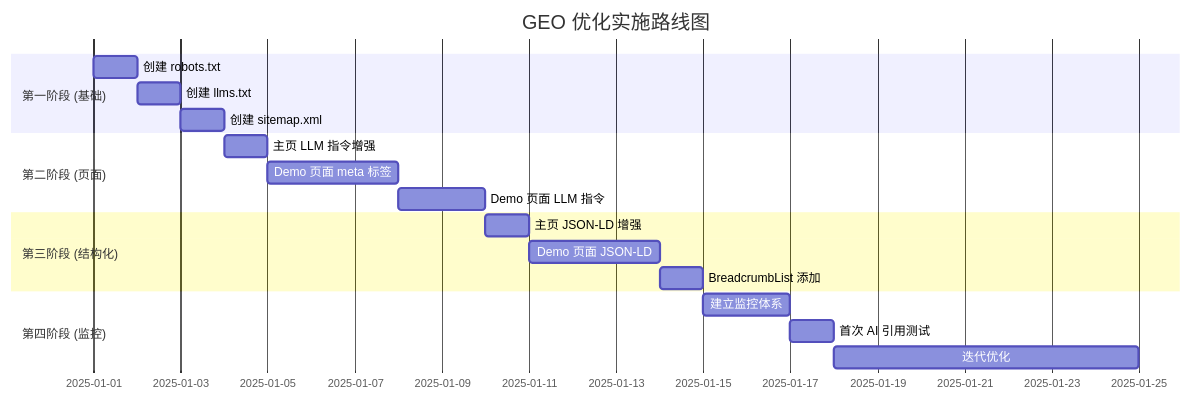
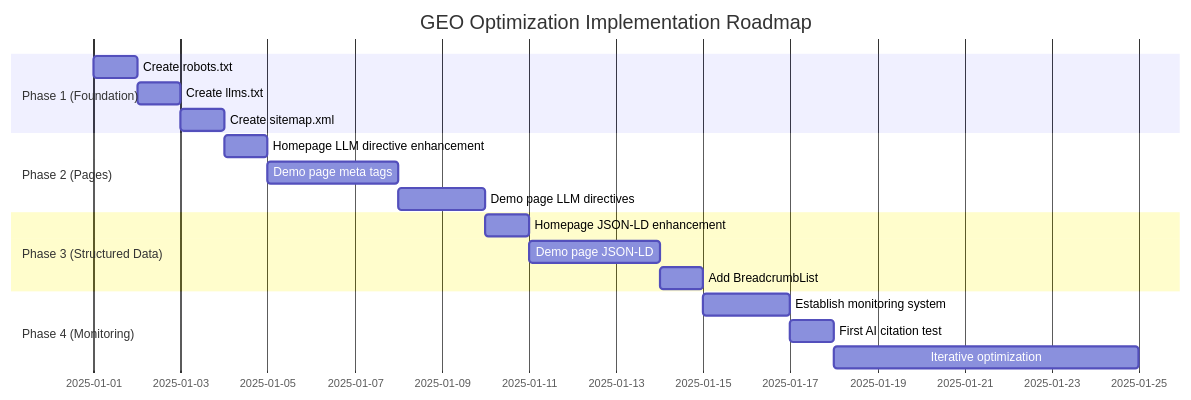
Before and after one commit to ChanMeng666/chanmeng-knowledge-base: the fifth of 5 diagrams in content/SEO/AI Search Engine Optimization.md, drawn with Mermaid. The commit also changed other lines of this file and 4 other files, not shown here.

````diff
--- a/content/SEO/AI Search Engine Optimization.md
+++ b/content/SEO/AI Search Engine Optimization.md
@@ -632,25 +632,25 @@
 ```mermaid
 gantt
-    title GEO 优化实施路线图
+    title GEO Optimization Implementation Roadmap
     dateFormat  YYYY-MM-DD
 
-    section 第一阶段 (基础)
-    创建 robots.txt           :a1, 2025-01-01, 1d
-    创建 llms.txt             :a2, after a1, 1d
-    创建 sitemap.xml          :a3, after a2, 1d
+    section Phase 1 (Foundation)
+    Create robots.txt            :a1, 2025-01-01, 1d
+    Create llms.txt              :a2, after a1, 1d
+    Create sitemap.xml           :a3, after a2, 1d
 
-    section 第二阶段 (页面)
-    主页 LLM 指令增强          :b1, after a3, 1d
-    Demo 页面 meta 标签        :b2, after b1, 3d
-    Demo 页面 LLM 指令         :b3, after b2, 2d
+    section Phase 2 (Pages)
+    Homepage LLM directive enhancement  :b1, after a3, 1d
+    Demo page meta tags                 :b2, after b1, 3d
+    Demo page LLM directives            :b3, after b2, 2d
 
-    section 第三阶段 (结构化)
-    主页 JSON-LD 增强          :c1, after b3, 1d
-    Demo 页面 JSON-LD          :c2, after c1, 3d
-    BreadcrumbList 添加        :c3, after c2, 1d
+    section Phase 3 (Structured Data)
+    Homepage JSON-LD enhancement        :c1, after b3, 1d
+    Demo page JSON-LD                   :c2, after c1, 3d
+    Add BreadcrumbList                  :c3, after c2, 1d
 
-    section 第四阶段 (监控)
-    建立监控体系              :d1, after c3, 2d
-    首次 AI 引用测试           :d2, after d1, 1d
-    迭代优化                  :d3, after d2, 7d
+    section Phase 4 (Monitoring)
+    Establish monitoring system         :d1, after c3, 2d
+    First AI citation test              :d2, after d1, 1d
+    Iterative optimization              :d3, after d2, 7d
 ```
````
